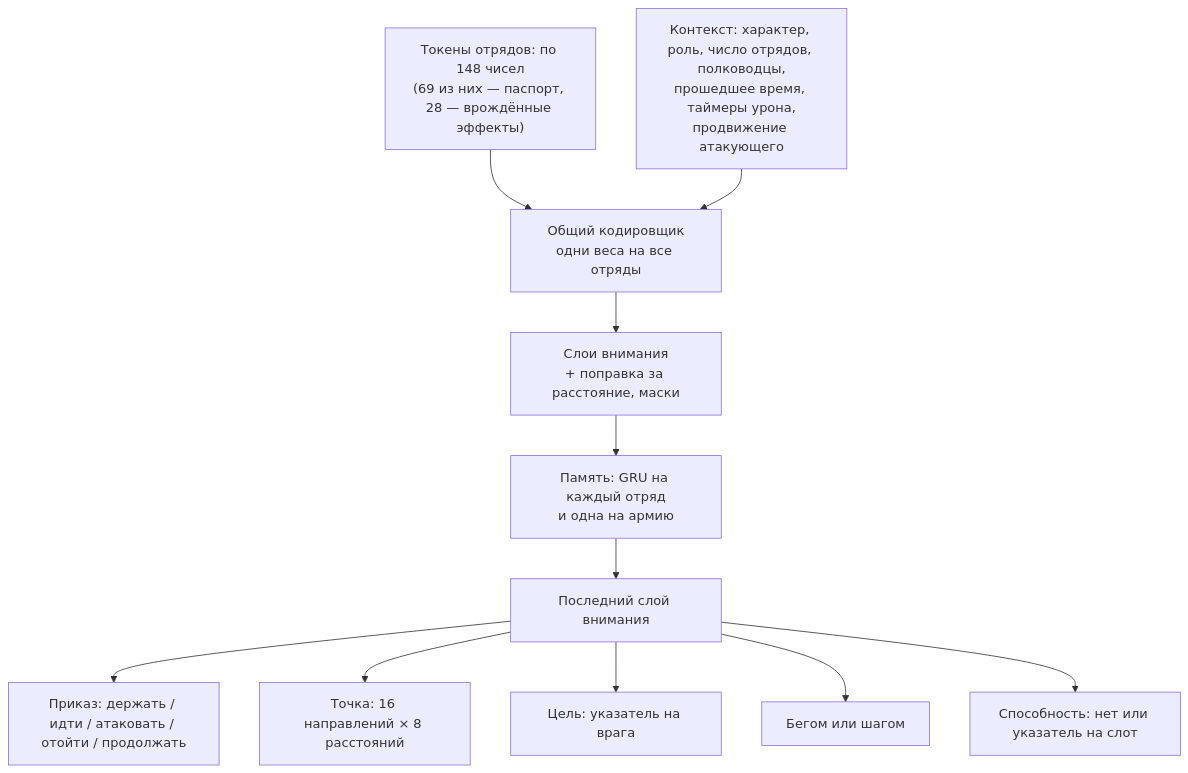
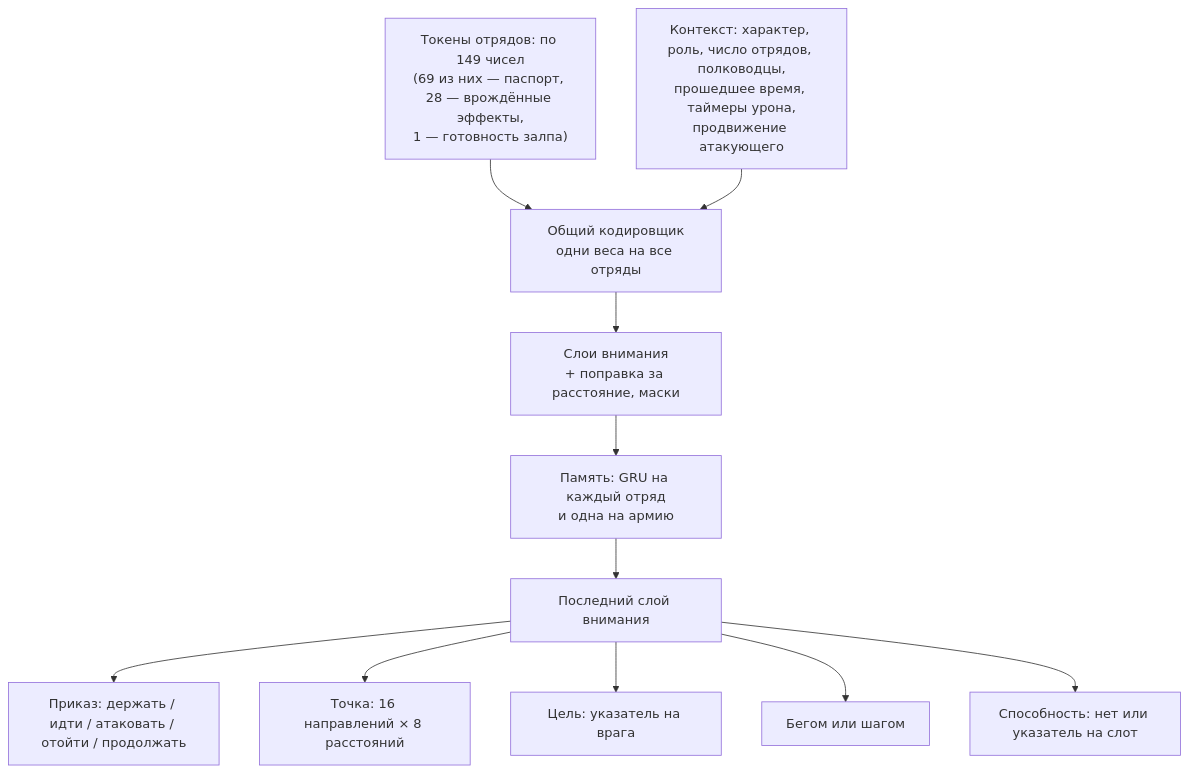
Before and after one commit to DimaZero7/TWW3-batle-ai: the second of 2 diagrams in docs/ru/training/model.md, drawn with Mermaid. The commit also changed other lines of this file and 8 other files, not shown here.

````diff
--- a/docs/ru/training/model.md
+++ b/docs/ru/training/model.md
@@ -181,13 +209,13 @@
 ```mermaid
 flowchart TB
-  tok["Токены отрядов: по 148 чисел<br/>(69 из них — паспорт, 28 — врождённые эффекты)"] --> enc["Общий кодировщик<br/>одни веса на все отряды"]
+  tok["Токены отрядов: по 149 чисел<br/>(69 из них — паспорт, 28 — врождённые эффекты,<br/>1 — готовность залпа)"] --> enc["Общий кодировщик<br/>одни веса на все отряды"]
   ctx["Контекст: характер, роль, число отрядов, полководцы,<br/>прошедшее время, таймеры урона,<br/>продвижение атакующего"] --> enc
   enc --> att["Слои внимания<br/>+ поправка за расстояние, маски"]
   att --> gru["Память: GRU на каждый отряд<br/>и одна на армию"]
   gru --> last["Последний слой внимания"]
   last --> kind["Приказ: держать / идти / атаковать / отойти / продолжать"]
   last --> point["Точка: 16 направлений × 8 расстояний"]
   last --> ptr["Цель: указатель на врага"]
   last --> run["Бегом или шагом"]
   last --> abil["Способность: нет или указатель на слот"]
 ```
````
